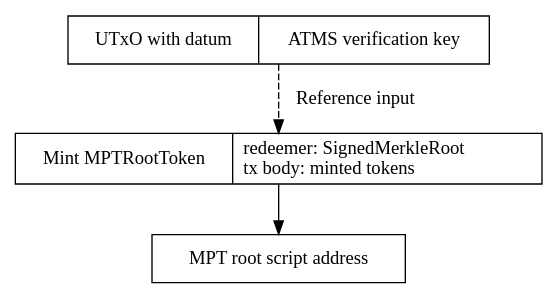
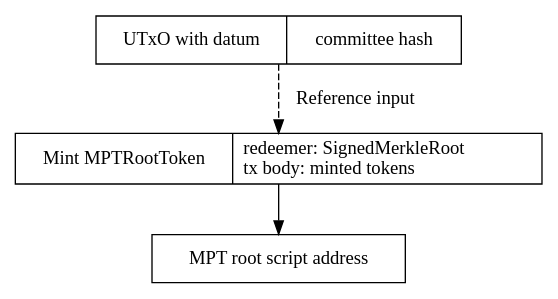
One commit to input-output-hk/partner-chains-smart-contracts changed the diagram in docs/MPTRoot.dot. Above: the diagram before and after it, drawn with Graphviz. The commit also changed 4 other files, not shown here.

```diff
--- a/docs/MPTRoot.dot
+++ b/docs/MPTRoot.dot
@@ -1,20 +1,23 @@
 strict digraph { 
   node [shape=record]
 
+//  atmsVKey [
+//    label = "UTxO with datum | ATMS verification key"
+//    ]
+
   atmsVKey [
-    label = "UTxO with datum | ATMS verification key"
+    label = "UTxO with datum | committee hash"
     ]
-
 
   mintToken [label = 
     "Mint MPTRootToken |
       redeemer: SignedMerkleRoot \l
       tx body: minted tokens\l
     "]
 
   mptRootAddr [label = "MPT root script address"]
 
   atmsVKey -> mintToken [style = dashed, label = "Reference input"] 
   mintToken -> mptRootAddr
 
 }
```
